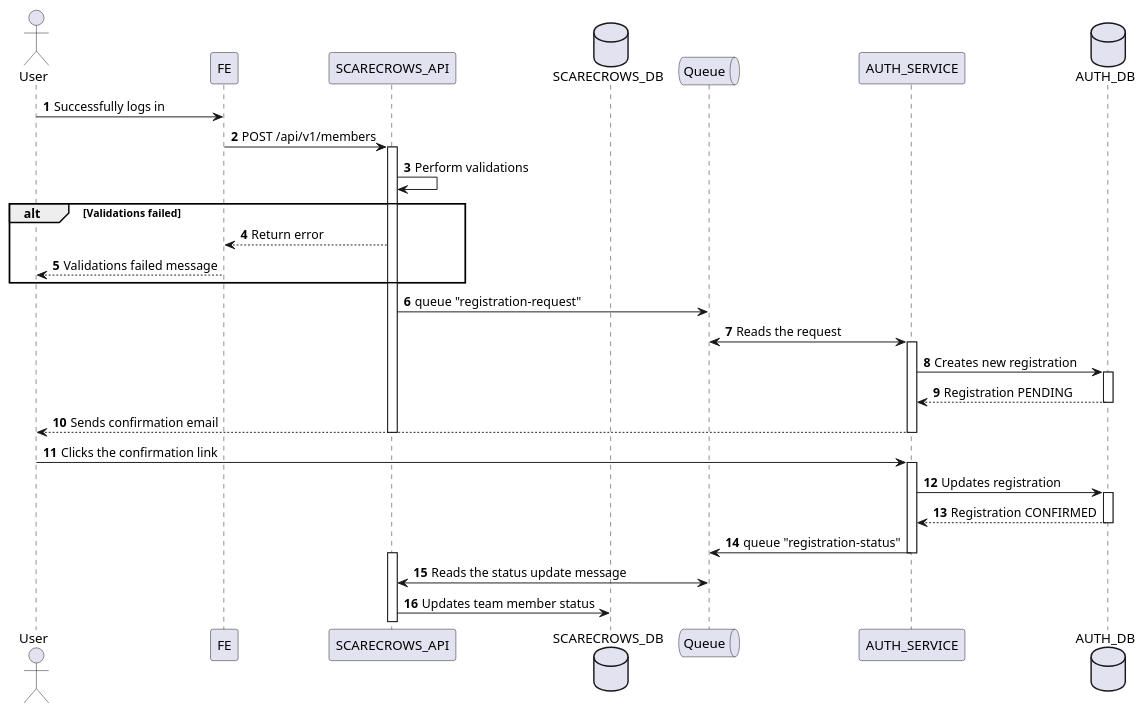
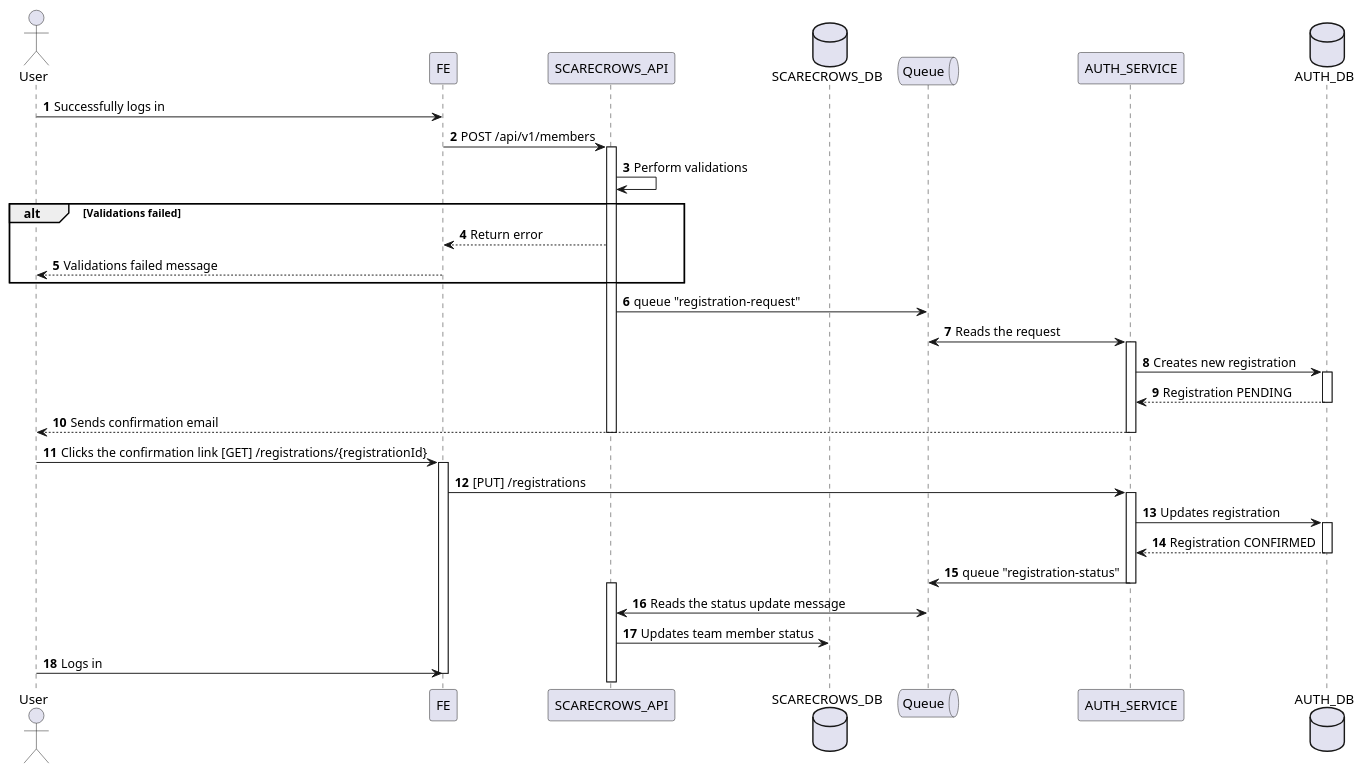
The diagram in docs/new_member.puml (Speedro/scarecrows-api), drawn with PlantUML before and after one commit. The commit also changed 134 other files, not shown here.

```diff
--- a/docs/new_member.puml
+++ b/docs/new_member.puml
@@ -1,42 +1,45 @@
 @startuml
 'https://plantuml.com/sequence-diagram
 
 autonumber
 actor User as Admin
 Admin -> FE: Successfully logs in
 FE -> SCARECROWS_API: POST /api/v1/members
 activate SCARECROWS_API
     database SCARECROWS_DB as SCARECROWS_DB
     SCARECROWS_API -> SCARECROWS_API: Perform validations
     alt Validations failed
         FE <-- SCARECROWS_API: Return error
         Admin <-- FE: Validations failed message
     end
     queue Queue as Broker
     SCARECROWS_API -> Broker: queue "registration-request"
     AUTH_SERVICE <-> Broker: Reads the request
     activate AUTH_SERVICE
         database AUTH_DB as AUTH_DB
         AUTH_SERVICE -> AUTH_DB: Creates new registration
         activate AUTH_DB
             return Registration PENDING
         deactivate AUTH_DB
         Admin <-- AUTH_SERVICE: Sends confirmation email
     deactivate AUTH_SERVICE
 deactivate SCARECROWS_API
-Admin -> AUTH_SERVICE: Clicks the confirmation link
+Admin -> FE: Clicks the confirmation link [GET] /registrations/{registrationId}
+activate FE
+    FE -> AUTH_SERVICE: [PUT] /registrations
 activate AUTH_SERVICE
     AUTH_SERVICE -> AUTH_DB: Updates registration
     activate AUTH_DB
         return Registration CONFIRMED
     deactivate AUTH_DB
     AUTH_SERVICE -> Broker: queue "registration-status"
 deactivate AUTH_SERVICE
 
 activate SCARECROWS_API
     SCARECROWS_API <-> Broker: Reads the status update message
     SCARECROWS_API -> SCARECROWS_DB: Updates team member status
 deactivate
 
-
+Admin -> FE: Logs in
+deactivate FE
 @enduml
```
